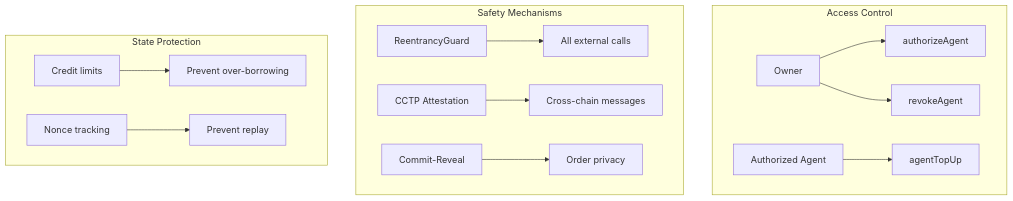
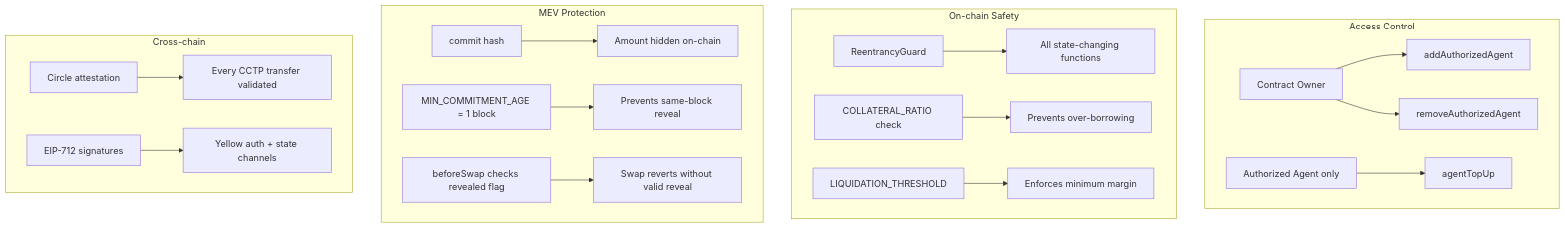
Before and after one commit to N-45div/HackMoney2026: diagram 11 of 11 in ARCHITECTURE.md, drawn with Mermaid. The commit also changed other lines of this file and 2 other files, not shown here.

Commit message:
feat: readme and arch diagram fixes

````diff
--- a/ARCHITECTURE.md
+++ b/ARCHITECTURE.md
@@ -351,19 +385,25 @@
 ```mermaid
 flowchart TB
     subgraph "Access Control"
-        A[Owner] --> B[authorizeAgent]
-        A --> C[revokeAgent]
-        D[Authorized Agent] --> E[agentTopUp]
+        A[Contract Owner] --> B[addAuthorizedAgent]
+        A --> C[removeAuthorizedAgent]
+        D[Authorized Agent only] --> E[agentTopUp]
     end
 
-    subgraph "Safety Mechanisms"
-        F[ReentrancyGuard] --> G[All external calls]
-        H[CCTP Attestation] --> I[Cross-chain messages]
-        J[Commit-Reveal] --> K[Order privacy]
+    subgraph "On-chain Safety"
+        F[ReentrancyGuard] --> G[All state-changing functions]
+        H[COLLATERAL_RATIO check] --> I[Prevents over-borrowing]
+        J[LIQUIDATION_THRESHOLD] --> K[Enforces minimum margin]
     end
 
-    subgraph "State Protection"
-        L[Credit limits] --> M[Prevent over-borrowing]
-        N[Nonce tracking] --> O[Prevent replay]
+    subgraph "MEV Protection"
+        L[commit hash] --> M[Amount hidden on-chain]
+        N[MIN_COMMITMENT_AGE = 1 block] --> O[Prevents same-block reveal]
+        P[beforeSwap checks revealed flag] --> Q[Swap reverts without valid reveal]
+    end
+
+    subgraph "Cross-chain"
+        R[Circle attestation] --> S[Every CCTP transfer validated]
+        T[EIP-712 signatures] --> U[Yellow auth + state channels]
     end
 ```
````
